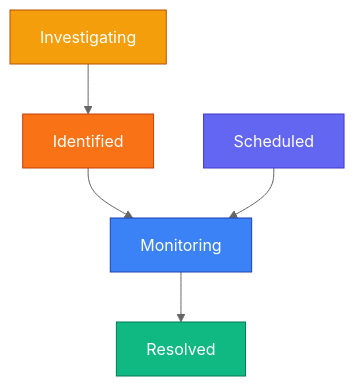
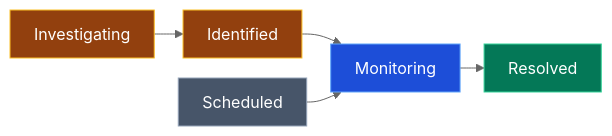
One commit to supercheck-io/supercheck changed the first of 3 diagrams in docs/content/docs/app/communicate/status-pages.mdx. Above: the diagram before and after it, drawn with Mermaid (neutral theme). The commit also changed other lines of this file and 5 other files, not shown here.

````diff
--- a/docs/content/docs/app/communicate/status-pages.mdx
+++ b/docs/content/docs/app/communicate/status-pages.mdx
@@ -284,13 +289,17 @@
 ```mermaid
-flowchart TB
+%%{init: {"flowchart":{"nodeSpacing":20,"rankSpacing":24,"padding":12,"wrappingWidth":140}}}%%
+flowchart LR
     A[Investigating] --> B[Identified]
     B --> C[Monitoring]
     C --> D[Resolved]
     S[Scheduled] --> C
 
-    style A fill:#f59e0b,stroke:#b45309,color:#fff
-    style B fill:#f97316,stroke:#c2410c,color:#fff
-    style C fill:#3b82f6,stroke:#1e40af,color:#fff
-    style D fill:#10b981,stroke:#047857,color:#fff
-    style S fill:#6366f1,stroke:#4338ca,color:#fff
+    classDef action fill:#1d4ed8,stroke:#60a5fa,color:#fff
+    classDef decision fill:#92400e,stroke:#fbbf24,color:#fff
+    classDef pending fill:#475569,stroke:#94a3b8,color:#fff
+    classDef complete fill:#047857,stroke:#34d399,color:#fff
+    class C action
+    class A,B decision
+    class S pending
+    class D complete
 ```
````
